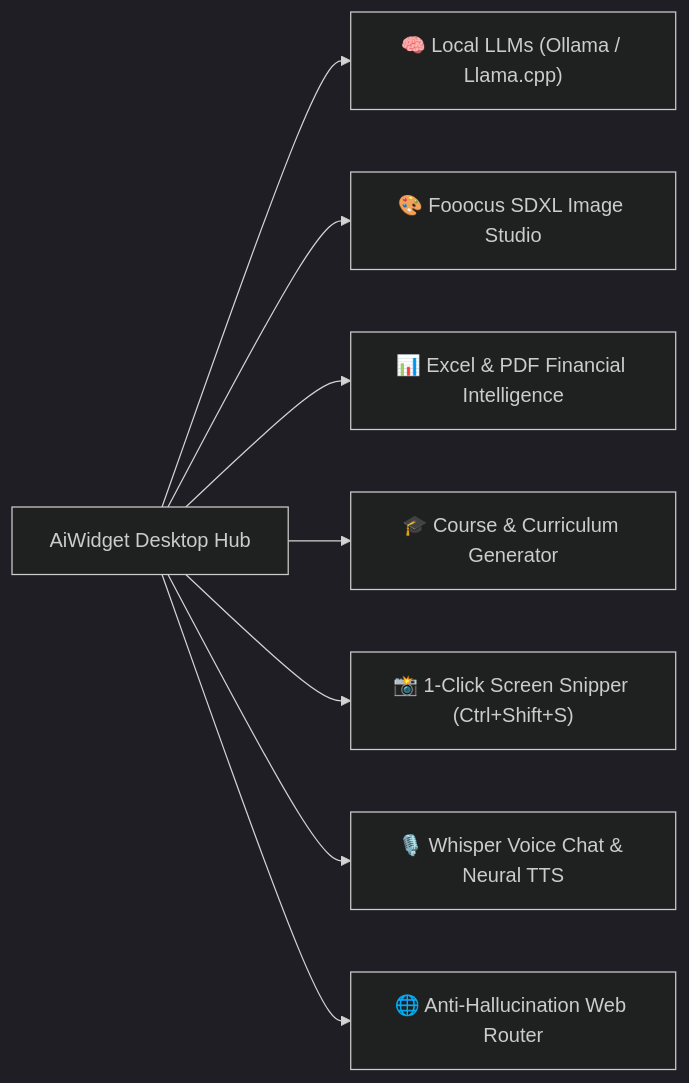
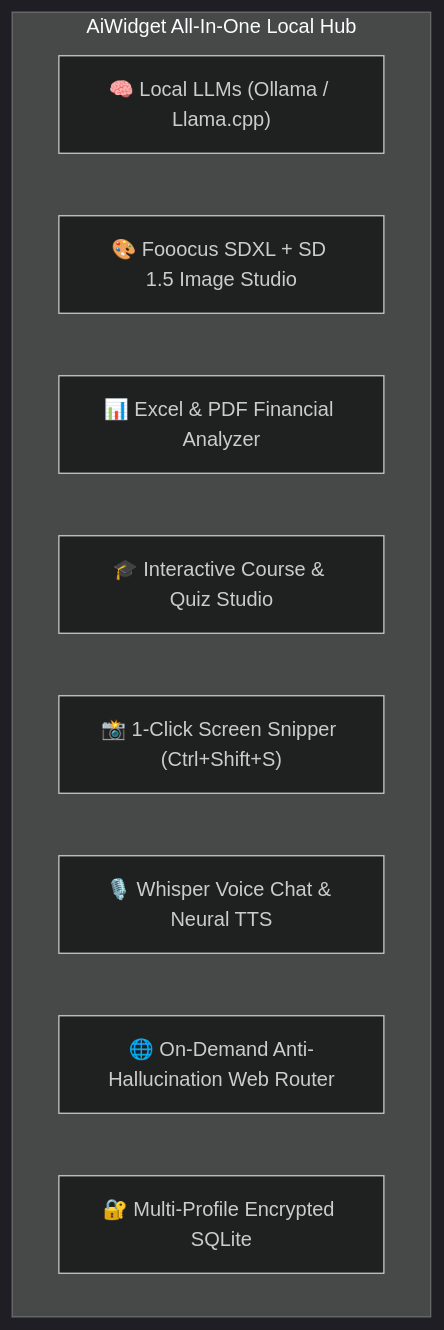
Before and after one commit to ShaDevPro/AiWidget: the first of 2 diagrams in README.md, drawn with Mermaid (dark theme). The commit also changed other lines of this file, not shown here.

Commit message:
docs: Deeply expand feature tour covering Fooocus SDXL, Course Studio, anti-hallucination web router and air-gapped privacy

````diff
--- a/README.md
+++ b/README.md
@@ -66,10 +66,13 @@
 ```mermaid
-graph LR
-    A["AiWidget Desktop Hub"] --> B["🧠 Local LLMs (Ollama / Llama.cpp)"]
-    A --> C["🎨 Fooocus SDXL Image Studio"]
-    A --> D["📊 Excel & PDF Financial Intelligence"]
-    A --> E["🎓 Course & Curriculum Generator"]
-    A --> F["📸 1-Click Screen Snipper (Ctrl+Shift+S)"]
-    A --> G["🎙️ Whisper Voice Chat & Neural TTS"]
-    A --> H["🌐 Anti-Hallucination Web Router"]
+flowchart TD
+    subgraph Core ["AiWidget All-In-One Local Hub"]
+        LLM["🧠 Local LLMs (Ollama / Llama.cpp)"]
+        SD["🎨 Fooocus SDXL + SD 1.5 Image Studio"]
+        RAG["📊 Excel & PDF Financial Analyzer"]
+        CRS["🎓 Interactive Course & Quiz Studio"]
+        SNP["📸 1-Click Screen Snipper (Ctrl+Shift+S)"]
+        VCE["🎙️ Whisper Voice Chat & Neural TTS"]
+        WEB["🌐 On-Demand Anti-Hallucination Web Router"]
+        SEC["🔐 Multi-Profile Encrypted SQLite"]
+    end
 ```
````
